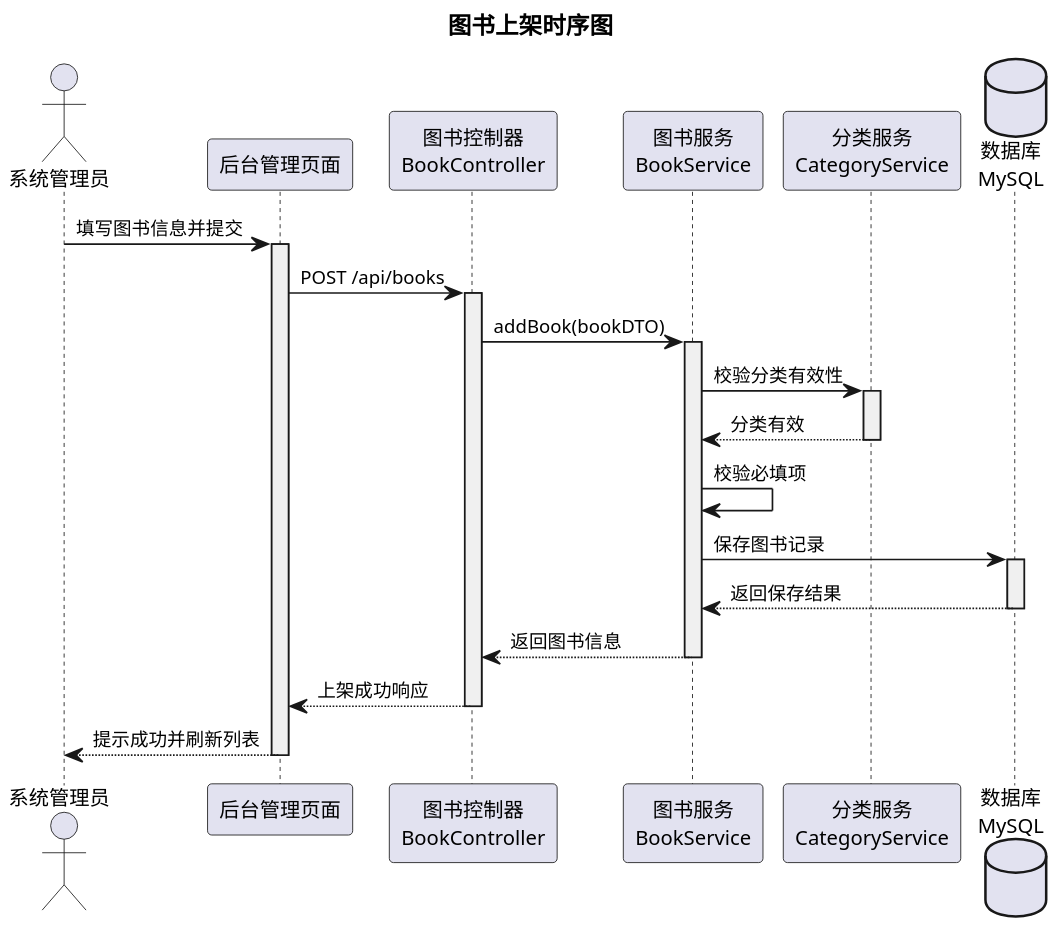
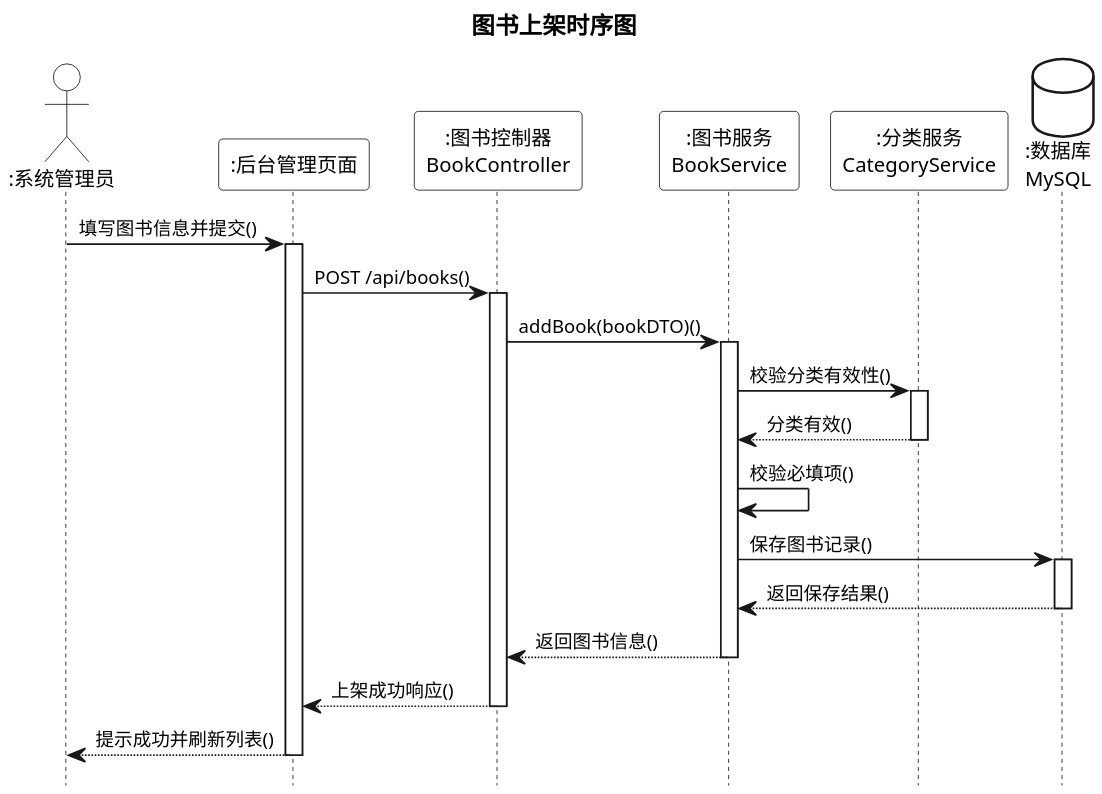
One commit to lvolk555/Trea--warehouse- changed the third of 8 diagrams in 修改后的论文内容.md. Above: the diagram before and after it, drawn with PlantUML. The commit also changed other lines of this file, not shown here.

Commit message:
更新PlantUML时序图格式：激活块白色填充、组件透明背景、hide footbox、组件名加冒号、消息加括号

````diff
--- a/修改后的论文内容.md
+++ b/修改后的论文内容.md
@@ -871,59 +878,66 @@
 ```plantuml
 @startuml
+hide footbox
 skinparam defaultFontName "SimSun"
 skinparam defaultFontSize 12
 skinparam sequence {
     ArrowFontName "Times New Roman"
     ArrowFontSize 11
     ParticipantFontName "SimSun"
     ParticipantFontSize 12
-    LifeLineBackgroundColor #F0F0F0
 }
+skinparam ParticipantBackgroundColor transparent
+skinparam ActorBackgroundColor transparent
+skinparam DatabaseBackgroundColor transparent
+skinparam NoteBackgroundColor transparent
+skinparam GroupBackgroundColor transparent
+skinparam LegendBackgroundColor transparent
+skinparam TitleBackgroundColor transparent
 skinparam dpi 200
 
 title 图书上架时序图
 
-actor "系统管理员" as Admin
-participant "后台管理页面" as AdminPage
-participant "图书控制器\nBookController" as Controller
-participant "图书服务\nBookService" as Service
-participant "分类服务\nCategoryService" as CatService
-database "数据库\nMySQL" as DB
+actor ":系统管理员" as Admin
+participant ":后台管理页面" as AdminPage
+participant ":图书控制器\nBookController" as Controller
+participant ":图书服务\nBookService" as Service
+participant ":分类服务\nCategoryService" as CatService
+database ":数据库\nMySQL" as DB
 
-Admin -> AdminPage: 填写图书信息并提交
+Admin -> AdminPage: 填写图书信息并提交()
 activate AdminPage
 
-AdminPage -> Controller: POST /api/books
+AdminPage -> Controller: POST /api/books()
 activate Controller
 
-Controller -> Service: addBook(bookDTO)
+Controller -> Service: addBook(bookDTO)()
 activate Service
 
-Service -> CatService: 校验分类有效性
+Service -> CatService: 校验分类有效性()
 activate CatService
-CatService --> Service: 分类有效
+CatService --> Service: 分类有效()
 
 deactivate CatService
 
-Service -> Service: 校验必填项
+Service -> Service: 校验必填项()
 
-Service -> DB: 保存图书记录
+Service -> DB: 保存图书记录()
 activate DB
-DB --> Service: 返回保存结果
+DB --> Service: 返回保存结果()
 
 deactivate DB
 
-Service --> Controller: 返回图书信息
+Service --> Controller: 返回图书信息()
 
 deactivate Service
 
-Controller --> AdminPage: 上架成功响应
+Controller --> AdminPage: 上架成功响应()
 
 deactivate Controller
 
-AdminPage --> Admin: 提示成功并刷新列表
+AdminPage --> Admin: 提示成功并刷新列表()
 
 deactivate AdminPage
 
 @enduml
 ```
````
